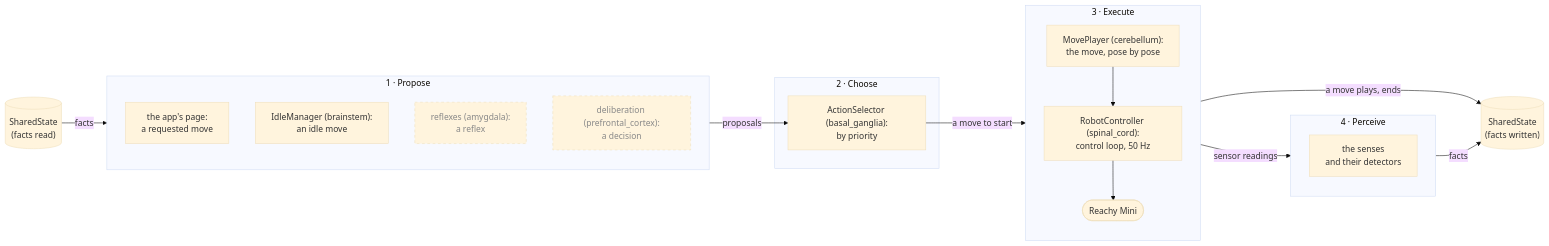
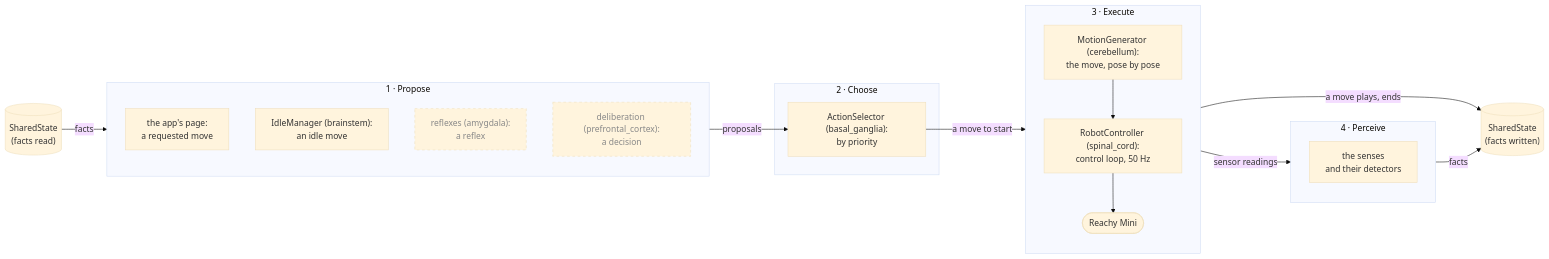
Before and after one commit to HTurlet15/reachy_alive: the diagram in ARCHITECTURE.md, drawn with Mermaid (base theme). The commit also changed other lines of this file and 20 other files, not shown here.

Commit message:
refactor: rename MovePlayer to MotionGenerator

````diff
--- a/ARCHITECTURE.md
+++ b/ARCHITECTURE.md
@@ -34,31 +34,31 @@
 ```mermaid
 flowchart LR
     subgraph decide["1 · Propose"]
         direction TB
         page["the app's page:<br/>a requested move"]
         idle["IdleManager (brainstem):<br/>an idle move"]
         reflexes["reflexes (amygdala):<br/>a reflex"]:::later
         cortex["deliberation (prefrontal_cortex):<br/>a decision"]:::later
     end
     subgraph choose["2 · Choose"]
         selector["ActionSelector (basal_ganglia):<br/>by priority"]
     end
     subgraph act["3 · Execute"]
         direction TB
-        player["MovePlayer (cerebellum):<br/>the move, pose by pose"] --> controller["RobotController (spinal_cord):<br/>control loop, 50 Hz"] --> robot(["Reachy Mini"])
+        player["MotionGenerator (cerebellum):<br/>the move, pose by pose"] --> controller["RobotController (spinal_cord):<br/>control loop, 50 Hz"] --> robot(["Reachy Mini"])
     end
     subgraph perceive["4 · Perceive"]
         senses["the senses<br/>and their detectors"]
     end
     state[("SharedState<br/>(facts written)")]
     stateRead[("SharedState<br/>(facts read)")]
 
     stateRead -->|facts| decide
     decide -->|proposals| selector
     selector -->|a move to start| act
     act -->|sensor readings| perceive
     act -->|a move plays, ends| state
     perceive -->|facts| state
 
     classDef later stroke-dasharray: 5 5,color:#888
 ```
````
